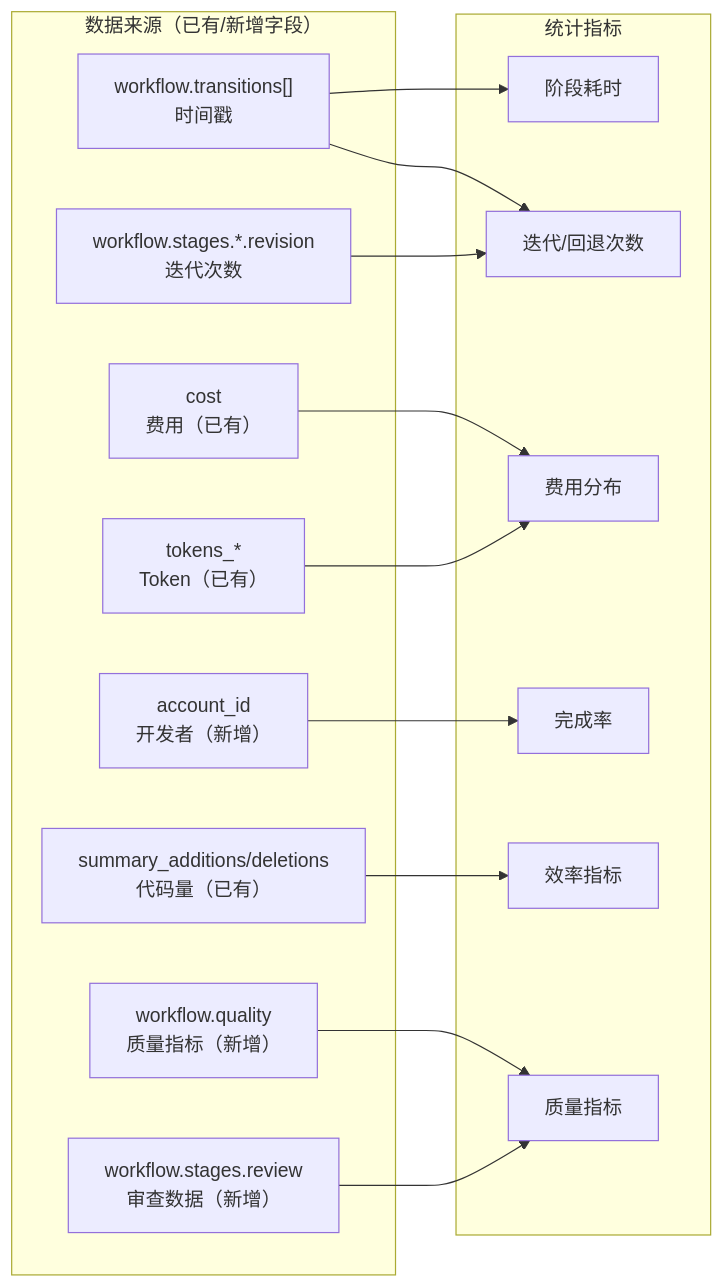
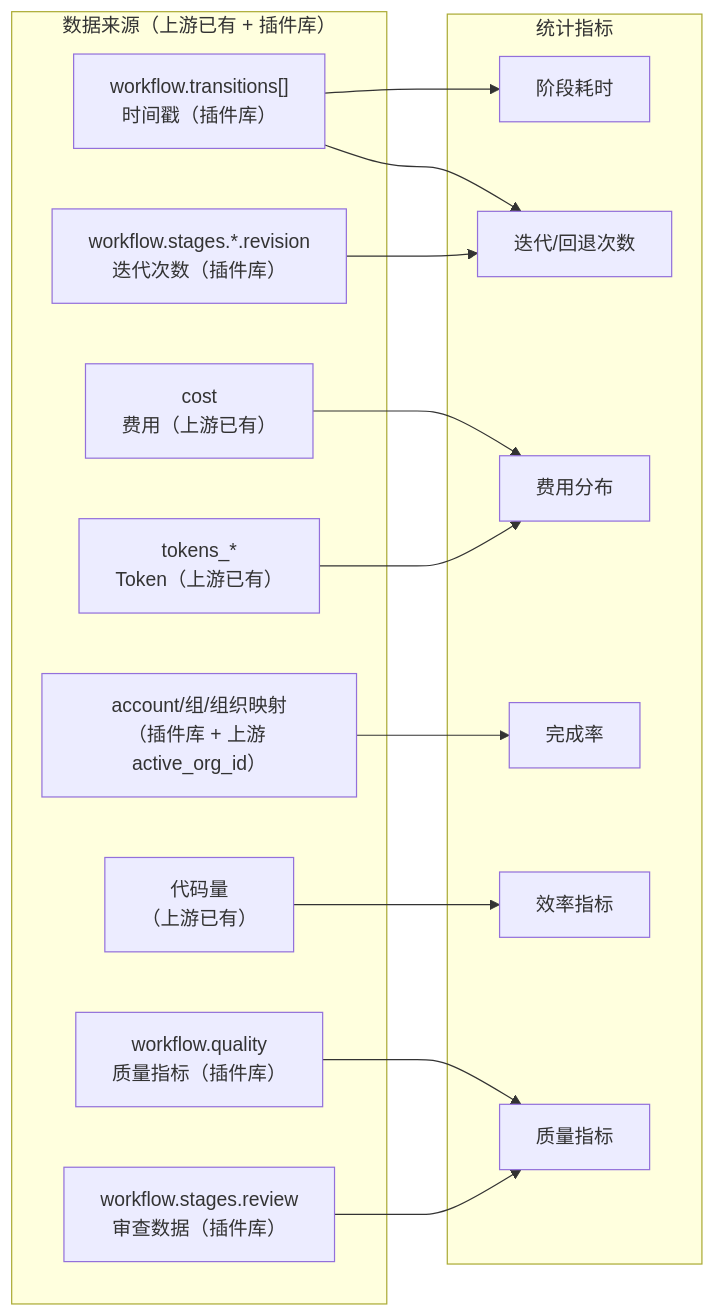
Diagram 12 of 14 in specs/customize/session-management.md (wonglaitung/opencode), drawn with Mermaid before and after one commit. The commit also changed other lines of this file, not shown here.

````diff
--- a/specs/customize/session-management.md
+++ b/specs/customize/session-management.md
@@ -723,32 +750,32 @@
 ```mermaid
 graph LR
-    subgraph Source["数据来源（已有/新增字段）"]
-        WF["workflow.transitions[]<br/>时间戳"]
-        REV["workflow.stages.*.revision<br/>迭代次数"]
-        COST["cost<br/>费用（已有）"]
-        TOK["tokens_*<br/>Token（已有）"]
-        DIFF["summary_additions/deletions<br/>代码量（已有）"]
-        ACCT["account_id<br/>开发者（新增）"]
-        QM["workflow.quality<br/>质量指标（新增）"]
-        RV["workflow.stages.review<br/>审查数据（新增）"]
+    subgraph Source["数据来源（上游已有 + 插件库）"]
+        WF["workflow.transitions[]<br/>时间戳（插件库）"]
+        REV["workflow.stages.*.revision<br/>迭代次数（插件库）"]
+        COST["cost<br/>费用（上游已有）"]
+        TOK["tokens_*<br/>Token（上游已有）"]
+        DIFF["代码量<br/>（上游已有）"]
+        ACCT["account/组/组织映射<br/>（插件库 + 上游 active_org_id）"]
+        QM["workflow.quality<br/>质量指标（插件库）"]
+        RV["workflow.stages.review<br/>审查数据（插件库）"]
     end
 
     subgraph Metrics["统计指标"]
         M1["阶段耗时"]
         M2["迭代/回退次数"]
         M3["费用分布"]
         M4["完成率"]
         M5["效率指标"]
         M6["质量指标"]
     end
 
     WF --> M1
     WF --> M2
     REV --> M2
     COST --> M3
     TOK --> M3
     DIFF --> M5
     ACCT --> M4
     QM --> M6
     RV --> M6
 ```
````
